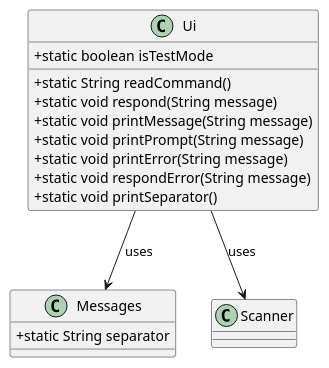
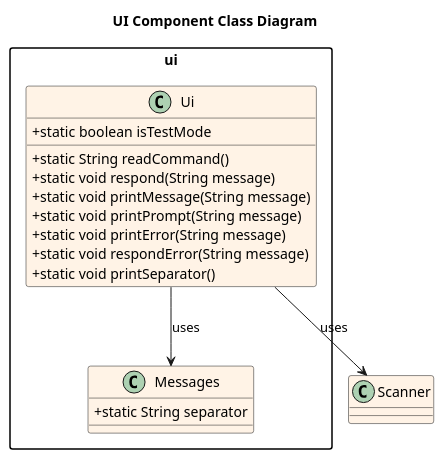
One commit to ashutoshalung/tp changed the diagram in docs/diagrams/UIComponent_ClassDiagram.puml. Above: the diagram before and after it, drawn with PlantUML. The commit also changed 9 other files, not shown here.

Commit message:
Add resolution to diagrams

```diff
--- a/docs/diagrams/UIComponent_ClassDiagram.puml
+++ b/docs/diagrams/UIComponent_ClassDiagram.puml
@@ -1,22 +1,33 @@
-@startuml
+@startuml UiComponent_ClassDiagram
+
+title UI Component Class Diagram
+
 skinparam classAttributeIconSize 0
-skinparam classStyle rectangle
+skinparam classBackgroundColor #FFF3E6
+skinparam packageStyle rectangle
+skinparam shadowing false
 
+package "ui" {
 class Ui {
-  +static boolean isTestMode
-  +static String readCommand()
-  +static void respond(String message)
-  +static void printMessage(String message)
-  +static void printPrompt(String message)
-  +static void printError(String message)
-  +static void respondError(String message)
-  +static void printSeparator()
++static boolean isTestMode
++static String readCommand()
++static void respond(String message)
++static void printMessage(String message)
++static void printPrompt(String message)
++static void printError(String message)
++static void respondError(String message)
++static void printSeparator()
 }
 
 class Messages {
   +static String separator
 }
 
+
+}
+
+/' Relationships '/
 Ui --> Messages : uses
 Ui --> Scanner : uses
+
 @enduml
```
